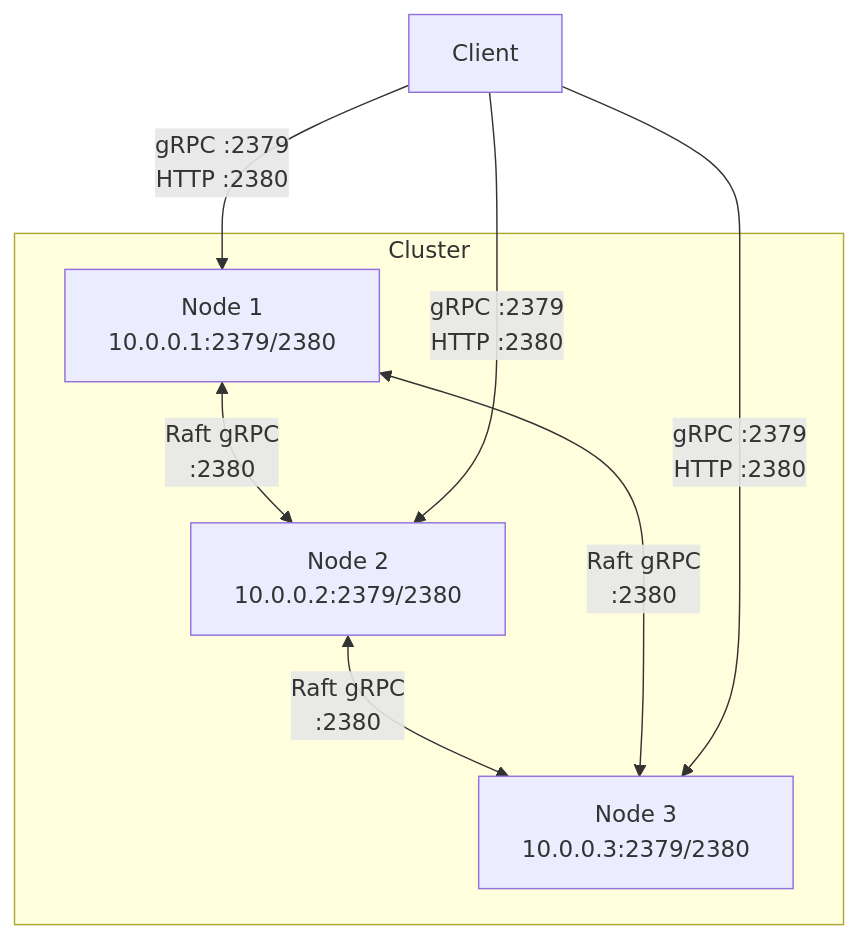
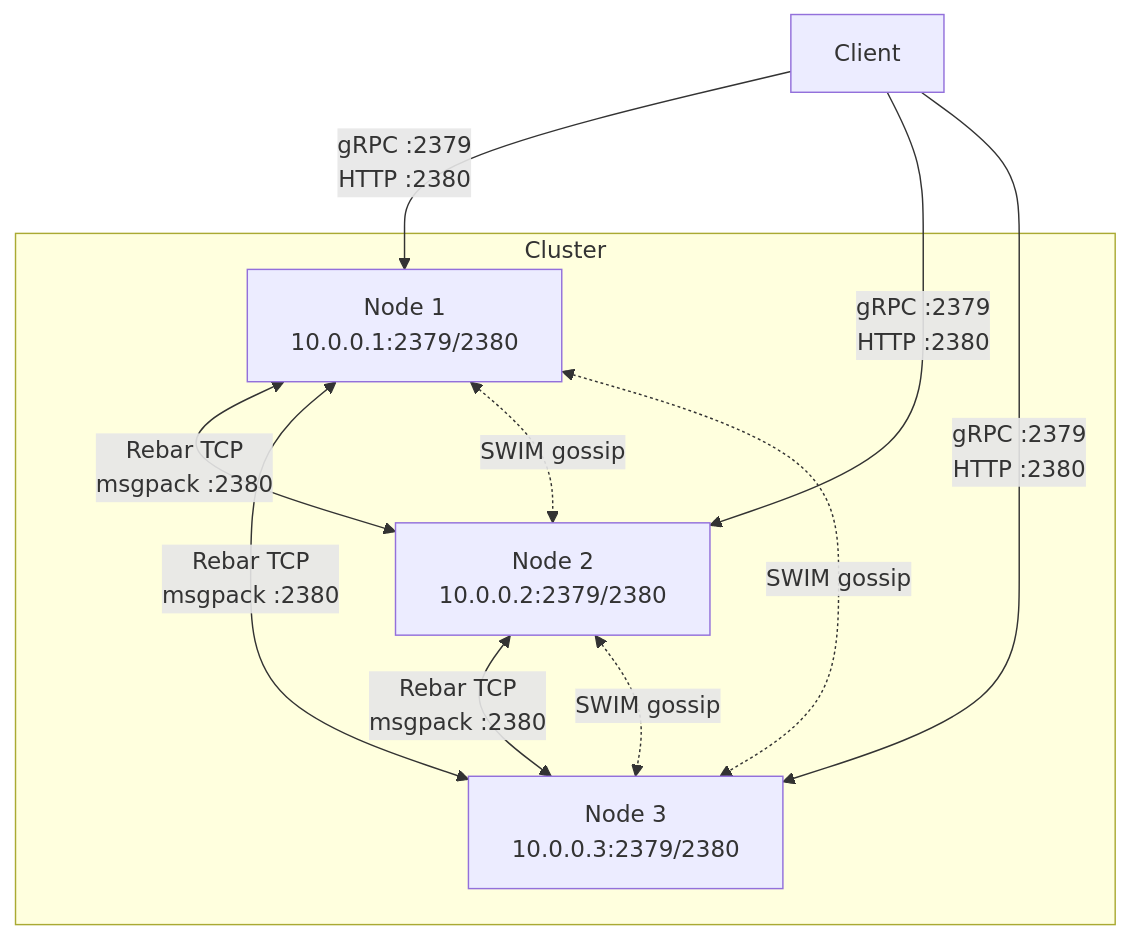
One commit to alexandernicholson/barkeeper changed the first of 2 diagrams in docs/deployment.md. Above: the diagram before and after it, drawn with Mermaid. The commit also changed other lines of this file and 4 other files, not shown here.

````diff
--- a/docs/deployment.md
+++ b/docs/deployment.md
@@ -54,14 +54,17 @@
 ```mermaid
 graph TD
     subgraph Cluster
         N1["Node 1<br>10.0.0.1:2379/2380"]
         N2["Node 2<br>10.0.0.2:2379/2380"]
         N3["Node 3<br>10.0.0.3:2379/2380"]
     end
-    N1 <-->|"Raft gRPC<br>:2380"| N2
-    N2 <-->|"Raft gRPC<br>:2380"| N3
-    N1 <-->|"Raft gRPC<br>:2380"| N3
+    N1 <-->|"Rebar TCP<br>msgpack :2380"| N2
+    N2 <-->|"Rebar TCP<br>msgpack :2380"| N3
+    N1 <-->|"Rebar TCP<br>msgpack :2380"| N3
+    N1 <-.->|"SWIM gossip"| N2
+    N2 <-.->|"SWIM gossip"| N3
+    N1 <-.->|"SWIM gossip"| N3
     Client["Client"] -->|"gRPC :2379<br>HTTP :2380"| N1
     Client -->|"gRPC :2379<br>HTTP :2380"| N2
     Client -->|"gRPC :2379<br>HTTP :2380"| N3
 ```
````
